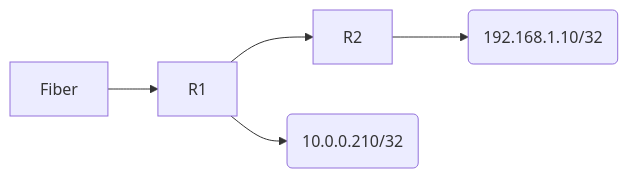
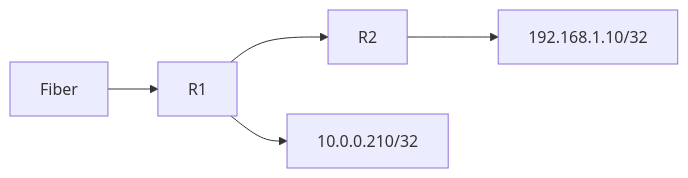
One commit to notkasim/DOCS changed the first of 3 diagrams in Topology.md. Above: the diagram before and after it, drawn with Mermaid.

````diff
--- a/Topology.md
+++ b/Topology.md
@@ -4,7 +4,7 @@
 ```mermaid
 graph LR;
     Fiber-->R1;
     R1-->R2
-    R1-->Server(10.0.0.210/32)
-    R2-->pi(192.168.1.10/32)
+    R1-->10.0.0.210/32
+    R2-->192.168.1.10/32
 ```
````
